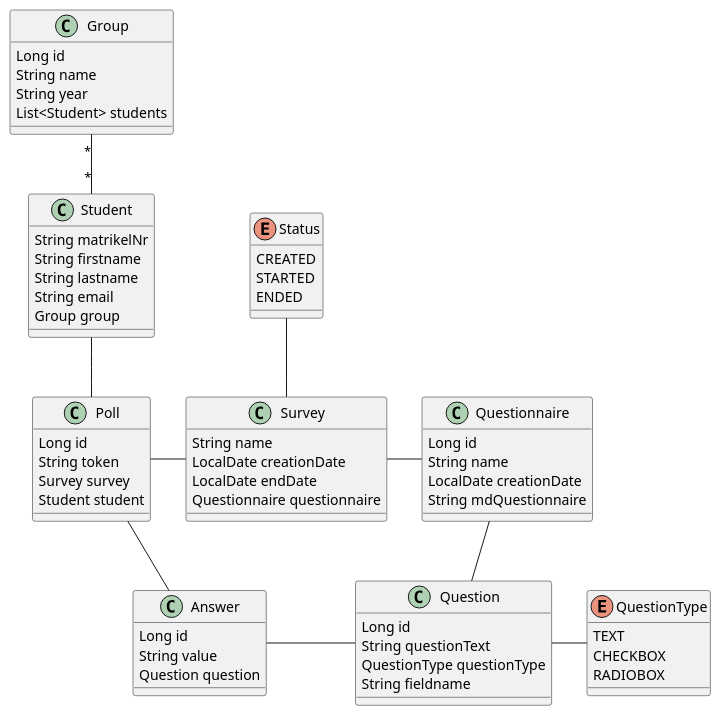
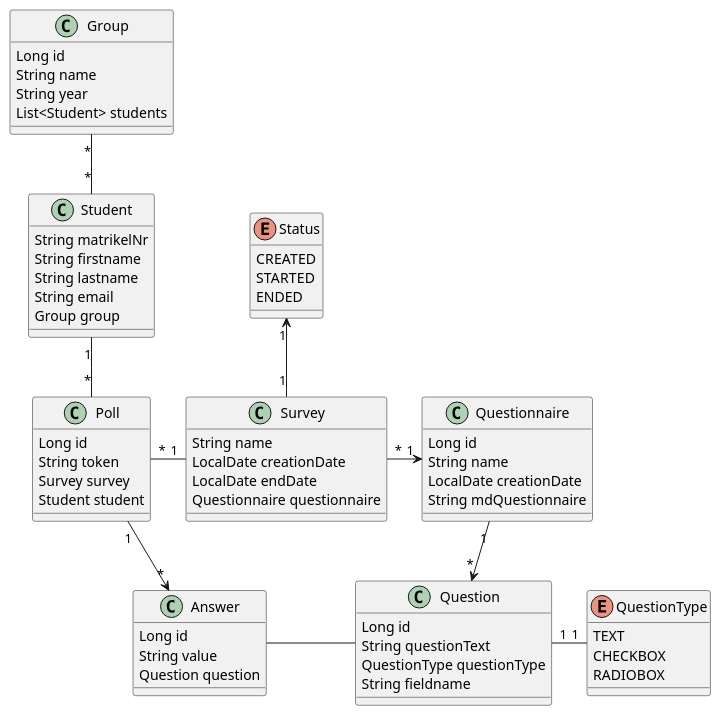
Before and after one commit to merisbsc/LeoForms: the diagram in asciidocs/cld.puml, drawn with PlantUML.

Commit message:
added cardinalities

```diff
--- a/asciidocs/cld.puml
+++ b/asciidocs/cld.puml
@@ -1,76 +1,76 @@
 @startuml
 
 class Group {
 Long id
 String name
 String year
 List<Student> students
 }
 
 class Student {
 String matrikelNr
 String firstname
 String lastname
 String email
 Group group
 }
 
 class Poll{
 Long id
 String token
 Survey survey
 Student student
 }
 
 class Answer {
 Long id
 String value
 Question question
 }
 
 class Question {
 Long id
 String questionText
 QuestionType questionType
 String fieldname
 }
 
 class Questionnaire {
 Long id
 String name
 LocalDate creationDate
 String mdQuestionnaire
 }
 
 class Survey {
 String name
 LocalDate creationDate
 LocalDate endDate
 Questionnaire questionnaire
 }
 
 enum Status {
 CREATED
 STARTED
 ENDED
 }
 
 enum QuestionType {
 TEXT
 CHECKBOX
 RADIOBOX
 }
 
 
 Group "*" -- "*" Student
-Student -- Poll
-Poll -right- Survey
-Poll -- Answer
-Survey -up- Status
-Survey -right- Questionnaire
-Questionnaire -- Question
+Student "1" -- "*" Poll
+Poll "*" -right- "1" Survey
+Poll "1" --> "*" Answer
+Survey "1" -up-> "1" Status
+Survey "*" -right-> "1" Questionnaire
+Questionnaire "1" --> "*" Question
 Question -left- Answer
-Question -right- QuestionType
+Question "1" -right- "1" QuestionType
 
 
 @enduml
```
